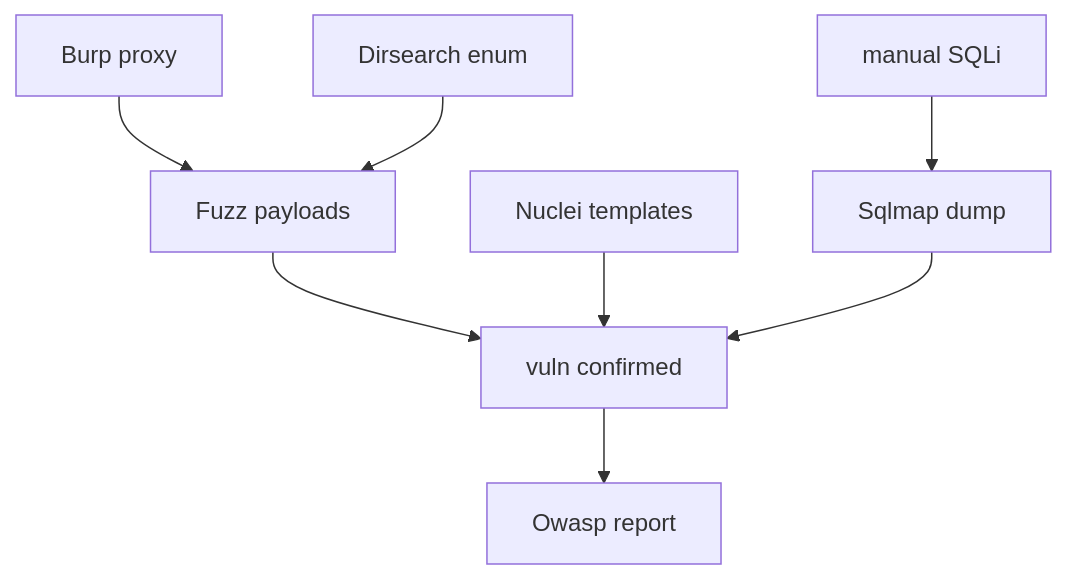
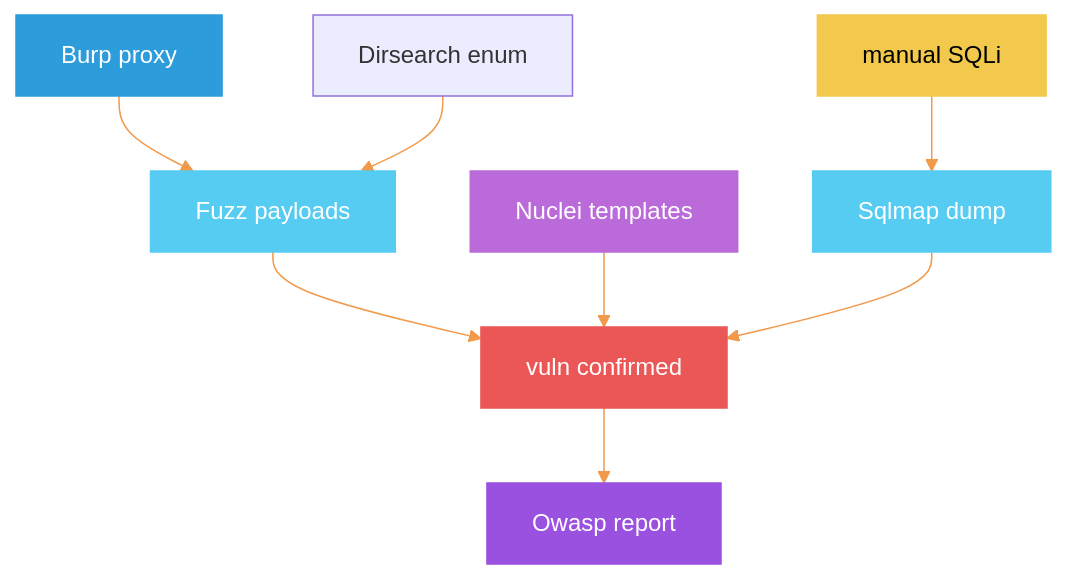
The fifth of 8 diagrams in Graphs/Security-IR-Diagrams.md (444Nazky/My-Vault), drawn with Mermaid before and after one commit. The commit also changed other lines of this file and 15 other files, not shown here.

````diff
--- a/Graphs/Security-IR-Diagrams.md
+++ b/Graphs/Security-IR-Diagrams.md
@@ -59,10 +76,18 @@
 ```mermaid
+%%{init: {'theme': 'default', 'themeVariables': { 'primaryColor': '#F2994A', 'lineColor': '#F2994A'}}}%%
 graph TD
  BURP["Burp proxy"] --> FUZZ["Fuzz payloads"]
  DIR["Dirsearch enum"] --> FUZZ
  FUZZ --> VULN["vuln confirmed"]
  NUC["Nuclei templates"] --> VULN
  SQLI["manual SQLi"] --> SQLMAP["Sqlmap dump"]
  SQLMAP --> VULN
  VULN --> OWASP["Owasp report"]
+ style BURP fill:#2D9CDB,stroke:#2D9CDB,color:#fff
+ style FUZZ fill:#56CCF2,stroke:#56CCF2,color:#fff
+ style VULN fill:#EB5757,stroke:#EB5757,color:#fff
+ style NUC fill:#BB6BD9,stroke:#BB6BD9,color:#fff
+ style SQLI fill:#F2C94C,stroke:#F2C94C,color:#000
+ style SQLMAP fill:#56CCF2,stroke:#56CCF2,color:#fff
+ style OWASP fill:#9B51E0,stroke:#9B51E0,color:#fff
 ```
````
